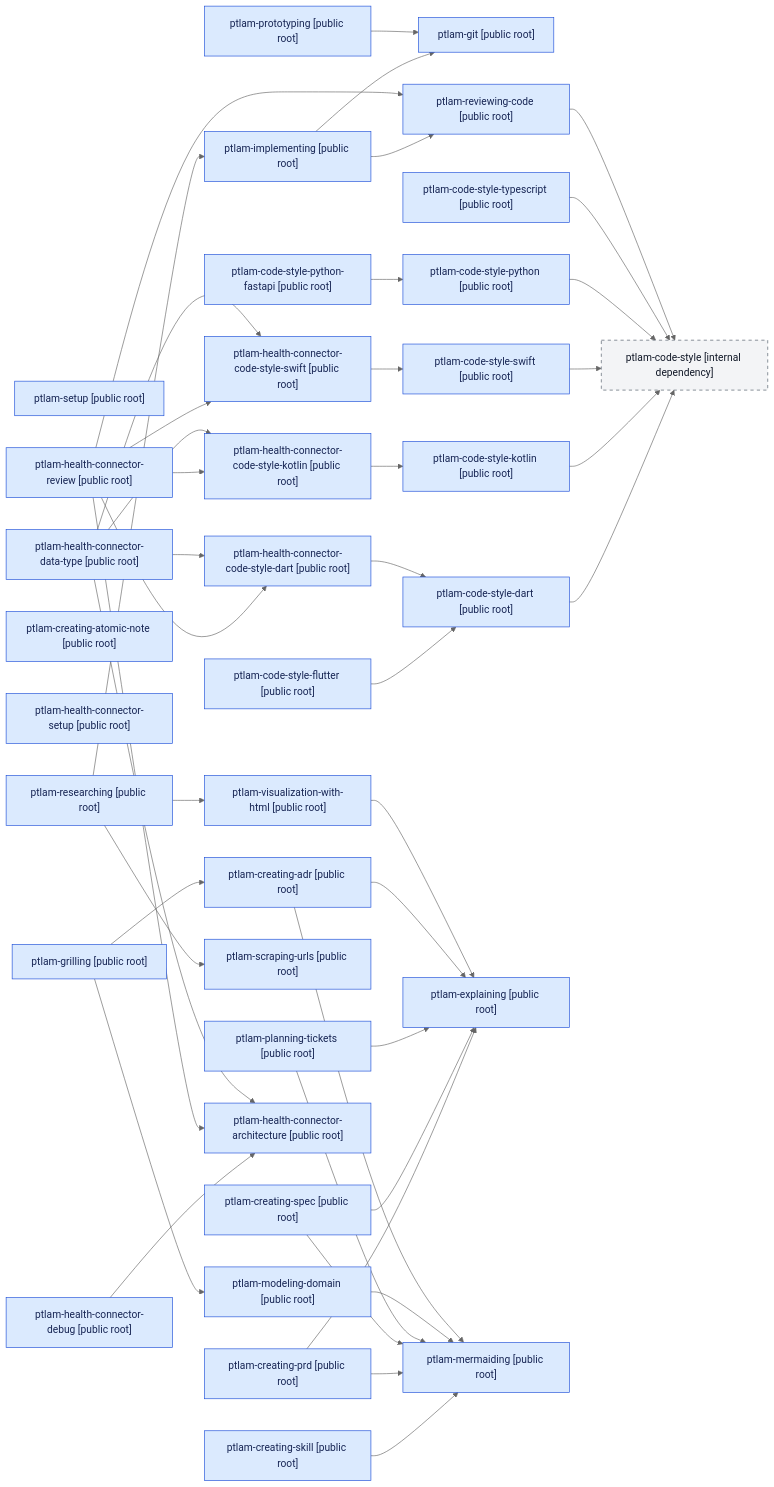
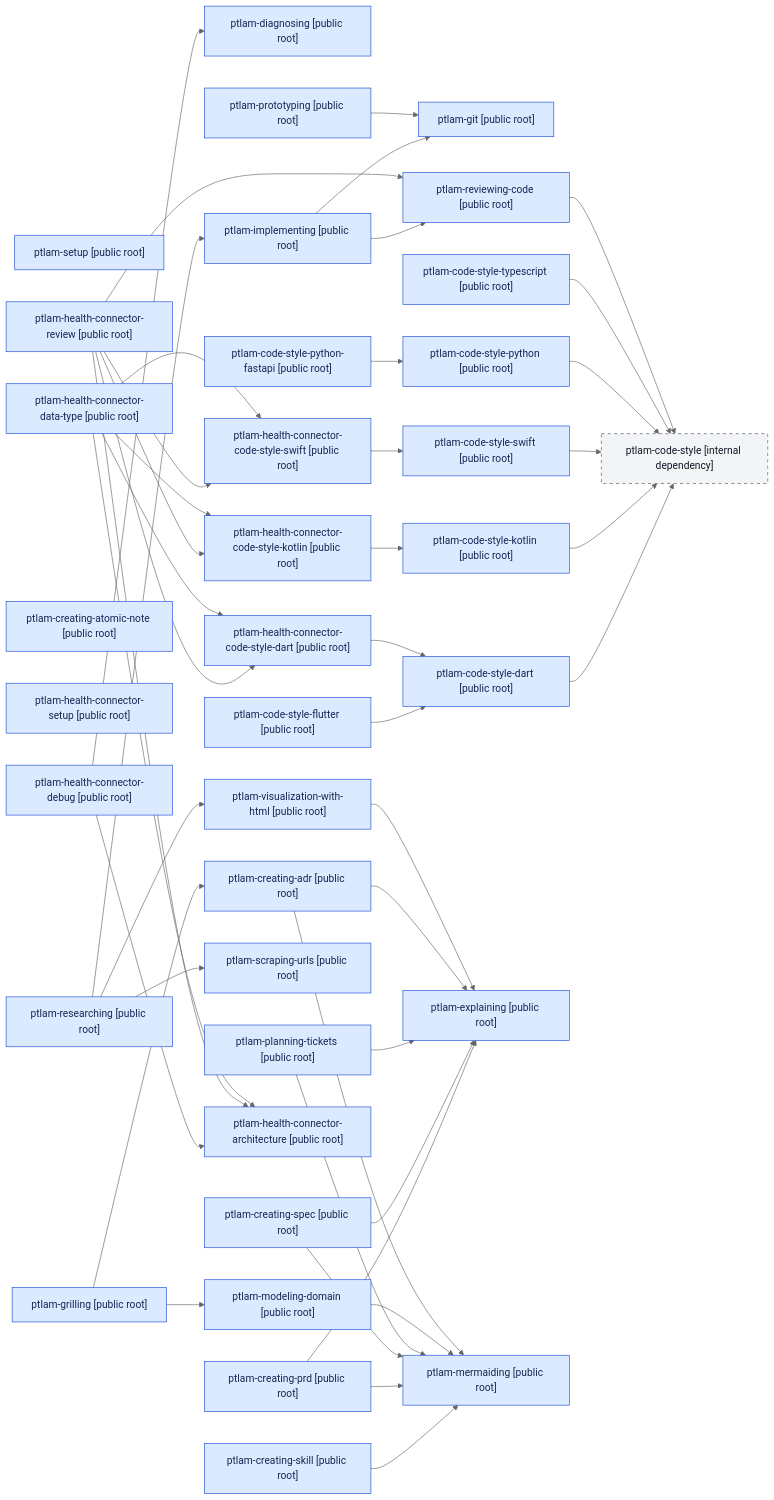
One commit to fam-tung-lam/ptlam-agent-plugin changed the diagram in skills/README.md. Above: the diagram before and after it, drawn with Mermaid (neutral theme). The commit also changed other lines of this file and 10 other files, not shown here.

````diff
--- a/skills/README.md
+++ b/skills/README.md
@@ -44,78 +45,80 @@
 flowchart LR
   skill_0["ptlam-setup [public root]"]
   skill_1["ptlam-git [public root]"]
-  skill_2["ptlam-implementing [public root]"]
-  skill_3["ptlam-researching [public root]"]
-  skill_4["ptlam-prototyping [public root]"]
-  skill_5["ptlam-code-style [internal dependency]"]
-  skill_6["ptlam-code-style-dart [public root]"]
-  skill_7["ptlam-code-style-kotlin [public root]"]
-  skill_8["ptlam-code-style-swift [public root]"]
-  skill_9["ptlam-code-style-flutter [public root]"]
-  skill_10["ptlam-code-style-python [public root]"]
-  skill_11["ptlam-code-style-python-fastapi [public root]"]
-  skill_12["ptlam-code-style-typescript [public root]"]
-  skill_13["ptlam-creating-skill [public root]"]
-  skill_14["ptlam-reviewing-code [public root]"]
-  skill_15["ptlam-grilling [public root]"]
-  skill_16["ptlam-creating-prd [public root]"]
-  skill_17["ptlam-creating-spec [public root]"]
-  skill_18["ptlam-planning-tickets [public root]"]
-  skill_19["ptlam-modeling-domain [public root]"]
-  skill_20["ptlam-creating-adr [public root]"]
-  skill_21["ptlam-creating-atomic-note [public root]"]
-  skill_22["ptlam-scraping-urls [public root]"]
-  skill_23["ptlam-explaining [public root]"]
-  skill_24["ptlam-mermaiding [public root]"]
-  skill_25["ptlam-visualization-with-html [public root]"]
-  skill_26["ptlam-health-connector-architecture [public root]"]
-  skill_27["ptlam-health-connector-setup [public root]"]
-  skill_28["ptlam-health-connector-debug [public root]"]
-  skill_29["ptlam-health-connector-review [public root]"]
-  skill_30["ptlam-health-connector-data-type [public root]"]
-  skill_31["ptlam-health-connector-code-style-dart [public root]"]
-  skill_32["ptlam-health-connector-code-style-kotlin [public root]"]
-  skill_33["ptlam-health-connector-code-style-swift [public root]"]
-  skill_2 --> skill_1
-  skill_2 --> skill_14
-  skill_3 --> skill_2
-  skill_3 --> skill_22
-  skill_3 --> skill_25
-  skill_4 --> skill_1
-  skill_6 --> skill_5
-  skill_7 --> skill_5
-  skill_8 --> skill_5
+  skill_2["ptlam-diagnosing [public root]"]
+  skill_3["ptlam-implementing [public root]"]
+  skill_4["ptlam-researching [public root]"]
+  skill_5["ptlam-prototyping [public root]"]
+  skill_6["ptlam-code-style [internal dependency]"]
+  skill_7["ptlam-code-style-dart [public root]"]
+  skill_8["ptlam-code-style-kotlin [public root]"]
+  skill_9["ptlam-code-style-swift [public root]"]
+  skill_10["ptlam-code-style-flutter [public root]"]
+  skill_11["ptlam-code-style-python [public root]"]
+  skill_12["ptlam-code-style-python-fastapi [public root]"]
+  skill_13["ptlam-code-style-typescript [public root]"]
+  skill_14["ptlam-creating-skill [public root]"]
+  skill_15["ptlam-reviewing-code [public root]"]
+  skill_16["ptlam-grilling [public root]"]
+  skill_17["ptlam-creating-prd [public root]"]
+  skill_18["ptlam-creating-spec [public root]"]
+  skill_19["ptlam-planning-tickets [public root]"]
+  skill_20["ptlam-modeling-domain [public root]"]
+  skill_21["ptlam-creating-adr [public root]"]
+  skill_22["ptlam-creating-atomic-note [public root]"]
+  skill_23["ptlam-scraping-urls [public root]"]
+  skill_24["ptlam-explaining [public root]"]
+  skill_25["ptlam-mermaiding [public root]"]
+  skill_26["ptlam-visualization-with-html [public root]"]
+  skill_27["ptlam-health-connector-architecture [public root]"]
+  skill_28["ptlam-health-connector-setup [public root]"]
+  skill_29["ptlam-health-connector-debug [public root]"]
+  skill_30["ptlam-health-connector-review [public root]"]
+  skill_31["ptlam-health-connector-data-type [public root]"]
+  skill_32["ptlam-health-connector-code-style-dart [public root]"]
+  skill_33["ptlam-health-connector-code-style-kotlin [public root]"]
+  skill_34["ptlam-health-connector-code-style-swift [public root]"]
+  skill_3 --> skill_1
+  skill_3 --> skill_15
+  skill_4 --> skill_3
+  skill_4 --> skill_23
+  skill_4 --> skill_26
+  skill_5 --> skill_1
+  skill_7 --> skill_6
+  skill_8 --> skill_6
   skill_9 --> skill_6
-  skill_10 --> skill_5
-  skill_11 --> skill_10
-  skill_12 --> skill_5
-  skill_13 --> skill_24
-  skill_14 --> skill_5
-  skill_15 --> skill_19
-  skill_15 --> skill_20
-  skill_16 --> skill_23
-  skill_16 --> skill_24
-  skill_17 --> skill_23
+  skill_10 --> skill_7
+  skill_11 --> skill_6
+  skill_12 --> skill_11
+  skill_13 --> skill_6
+  skill_14 --> skill_25
+  skill_15 --> skill_6
+  skill_16 --> skill_20
+  skill_16 --> skill_21
   skill_17 --> skill_24
-  skill_18 --> skill_23
+  skill_17 --> skill_25
   skill_18 --> skill_24
+  skill_18 --> skill_25
   skill_19 --> skill_24
-  skill_20 --> skill_23
-  skill_20 --> skill_24
-  skill_25 --> skill_23
-  skill_28 --> skill_26
-  skill_29 --> skill_14
-  skill_29 --> skill_26
-  skill_29 --> skill_31
-  skill_29 --> skill_32
-  skill_29 --> skill_33
-  skill_30 --> skill_26
-  skill_30 --> skill_31
+  skill_19 --> skill_25
+  skill_20 --> skill_25
+  skill_21 --> skill_24
+  skill_21 --> skill_25
+  skill_26 --> skill_24
+  skill_29 --> skill_2
+  skill_29 --> skill_27
+  skill_30 --> skill_15
+  skill_30 --> skill_27
   skill_30 --> skill_32
   skill_30 --> skill_33
-  skill_31 --> skill_6
+  skill_30 --> skill_34
+  skill_31 --> skill_27
+  skill_31 --> skill_32
+  skill_31 --> skill_33
+  skill_31 --> skill_34
   skill_32 --> skill_7
   skill_33 --> skill_8
+  skill_34 --> skill_9
   classDef publicRoot fill:#dbeafe,stroke:#1d4ed8,color:#172554
   classDef internalDependency fill:#f3f4f6,stroke:#4b5563,color:#111827,stroke-dasharray:5 5
   classDef deprecated fill:#fef3c7,stroke:#b45309,color:#78350f
@@ -124,8 +127,8 @@
   class skill_2 publicRoot
   class skill_3 publicRoot
   class skill_4 publicRoot
-  class skill_5 internalDependency
-  class skill_6 publicRoot
+  class skill_5 publicRoot
+  class skill_6 internalDependency
   class skill_7 publicRoot
   class skill_8 publicRoot
   class skill_9 publicRoot
@@ -153,4 +156,5 @@
   class skill_31 publicRoot
   class skill_32 publicRoot
   class skill_33 publicRoot
+  class skill_34 publicRoot
 ```
````
